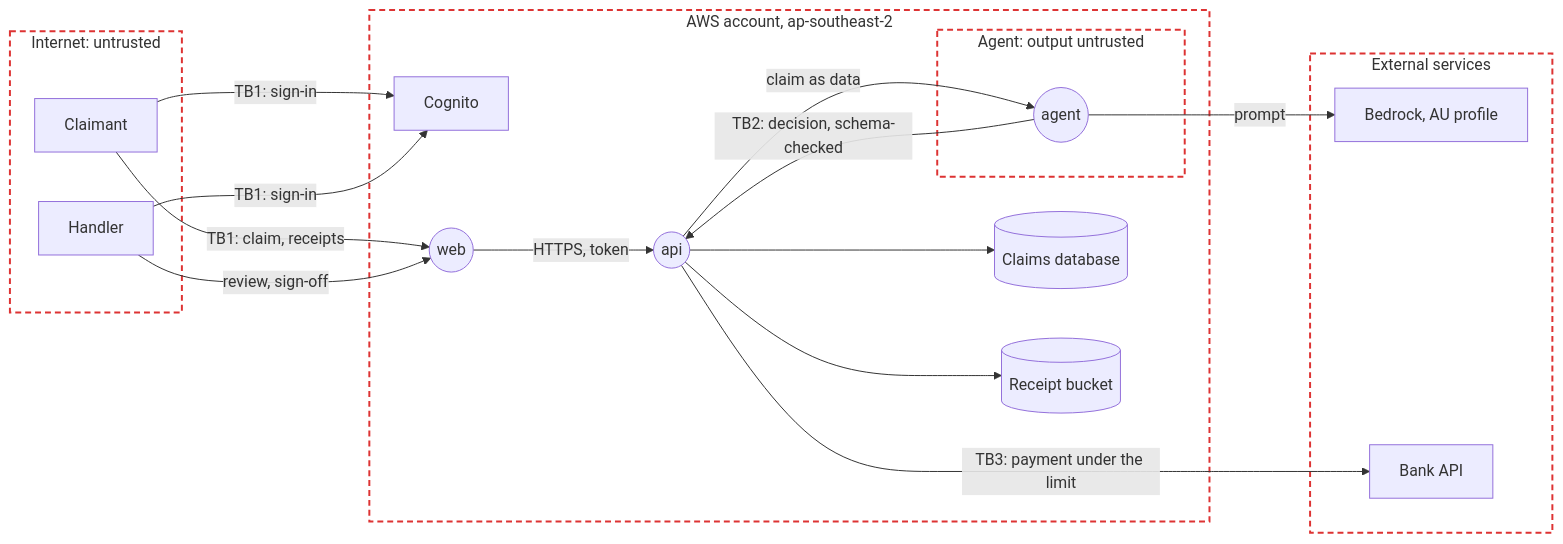
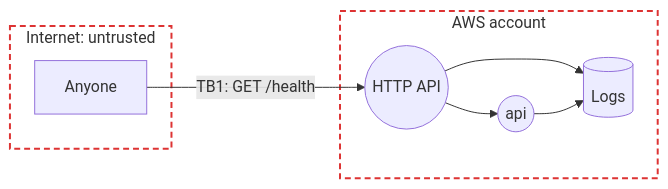
Before and after one commit to euginevd/sdlc-template: the diagram in docs/threat-model.md, drawn with Mermaid. The commit also changed other lines of this file and 14 other files, not shown here.

````diff
--- a/docs/threat-model.md
+++ b/docs/threat-model.md
@@ -7,34 +7,17 @@
 ```mermaid
 flowchart LR
   subgraph internet ["Internet: untrusted"]
-    claimant[Claimant]
-    handler[Handler]
+    caller[Anyone]
   end
-  subgraph aws ["AWS account, ap-southeast-2"]
-    cognito[Cognito]
-    web((web))
+  subgraph aws ["AWS account"]
+    gateway((HTTP API))
     api((api))
-    db[(Claims database)]
-    bucket[(Receipt bucket)]
-    subgraph agentzone ["Agent: output untrusted"]
-      agent((agent))
-    end
+    logs[(Logs)]
   end
-  subgraph third ["External services"]
-    bedrock[Bedrock, AU profile]
-    bank[Bank API]
-  end
-  claimant -- "TB1: claim, receipts" --> web
-  claimant -- "TB1: sign-in" --> cognito
-  handler -- "TB1: sign-in" --> cognito
-  handler -- "review, sign-off" --> web
-  web -- "HTTPS, token" --> api
-  api --> db
-  api --> bucket
-  api -- "claim as data" --> agent
-  agent -- prompt --> bedrock
-  agent -- "TB2: decision, schema-checked" --> api
-  api -- "TB3: payment under the limit" --> bank
+  caller -- "TB1: GET /health" --> gateway
+  gateway --> api
+  gateway --> logs
+  api --> logs
   classDef boundary fill:none,stroke:#d33,stroke-width:2px,stroke-dasharray:6 4
-  class internet,aws,agentzone,third boundary
+  class internet,aws boundary
 ```
````
